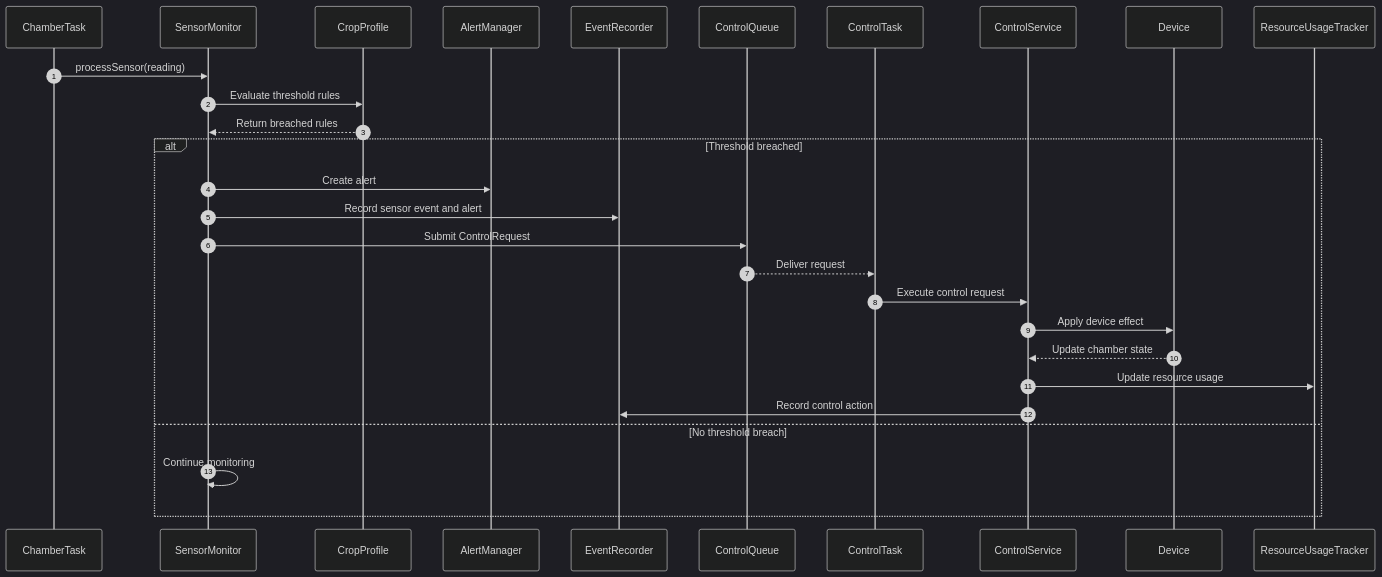
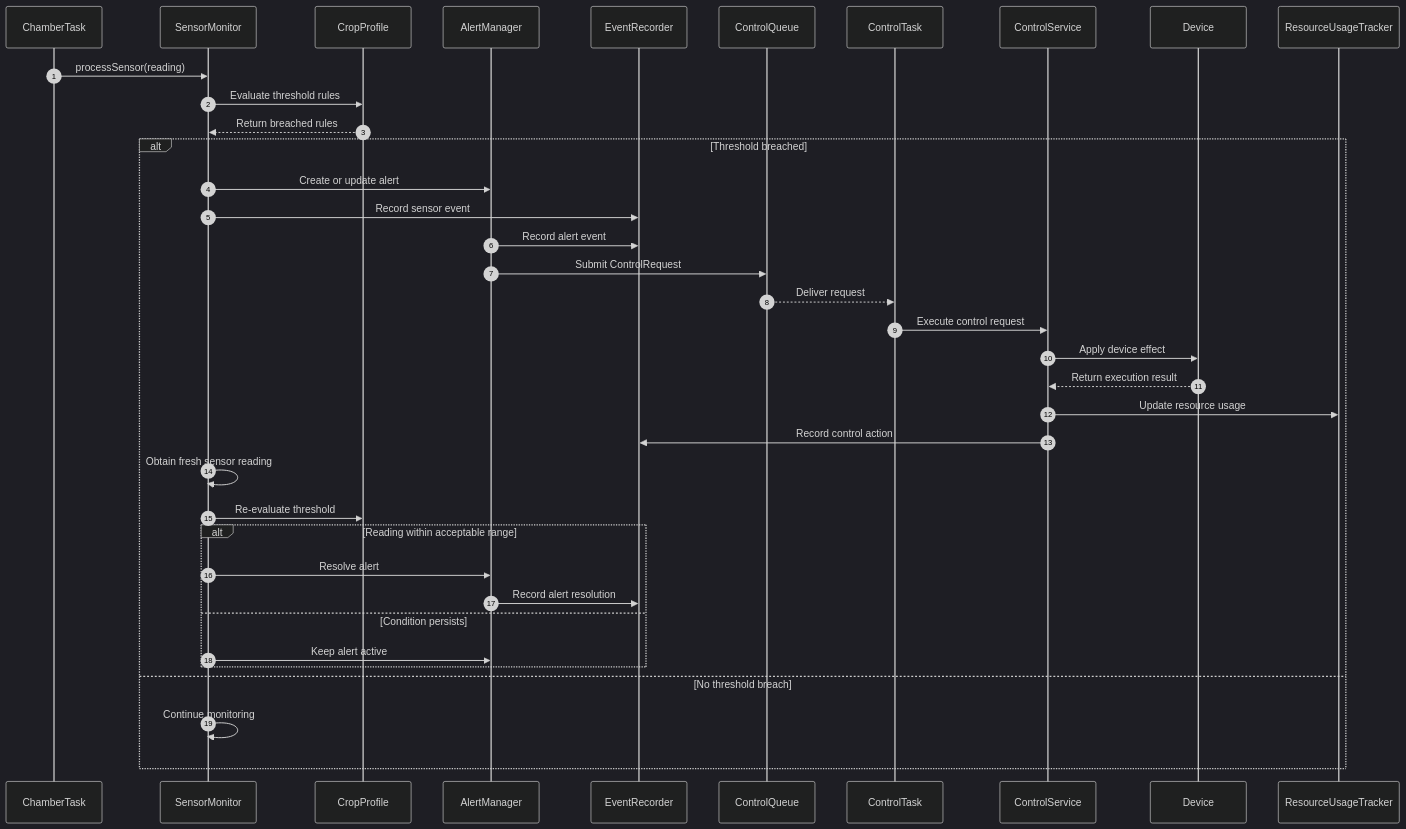
One commit to nicholassang/SE301-SVFRMS-Project changed the second of 2 diagrams in README.md. Above: the diagram before and after it, drawn with Mermaid (dark theme). The commit also changed other lines of this file, not shown here.

````diff
--- a/README.md
+++ b/README.md
@@ -119,32 +157,44 @@
 ```mermaid
 sequenceDiagram
     autonumber
     participant Chamber as ChamberTask
     participant Sensor as SensorMonitor
     participant Crop as CropProfile
     participant Alert as AlertManager
     participant Event as EventRecorder
     participant Queue as ControlQueue
     participant Task as ControlTask
     participant Service as ControlService
     participant Device
     participant Resource as ResourceUsageTracker
 
     Chamber->>Sensor: processSensor(reading)
     Sensor->>Crop: Evaluate threshold rules
     Crop-->>Sensor: Return breached rules
 
     alt Threshold breached
-        Sensor->>Alert: Create alert
-        Sensor->>Event: Record sensor event and alert
-        Sensor->>Queue: Submit ControlRequest
+        Sensor->>Alert: Create or update alert
+        Sensor->>Event: Record sensor event
+        Alert->>Event: Record alert event
+        Alert->>Queue: Submit ControlRequest
+
         Queue-->>Task: Deliver request
         Task->>Service: Execute control request
         Service->>Device: Apply device effect
-        Device-->>Service: Update chamber state
+        Device-->>Service: Return execution result
         Service->>Resource: Update resource usage
         Service->>Event: Record control action
+
+        Sensor->>Sensor: Obtain fresh sensor reading
+        Sensor->>Crop: Re-evaluate threshold
+
+        alt Reading within acceptable range
+            Sensor->>Alert: Resolve alert
+            Alert->>Event: Record alert resolution
+        else Condition persists
+            Sensor->>Alert: Keep alert active
+        end
     else No threshold breach
         Sensor->>Sensor: Continue monitoring
     end
 ```
````
